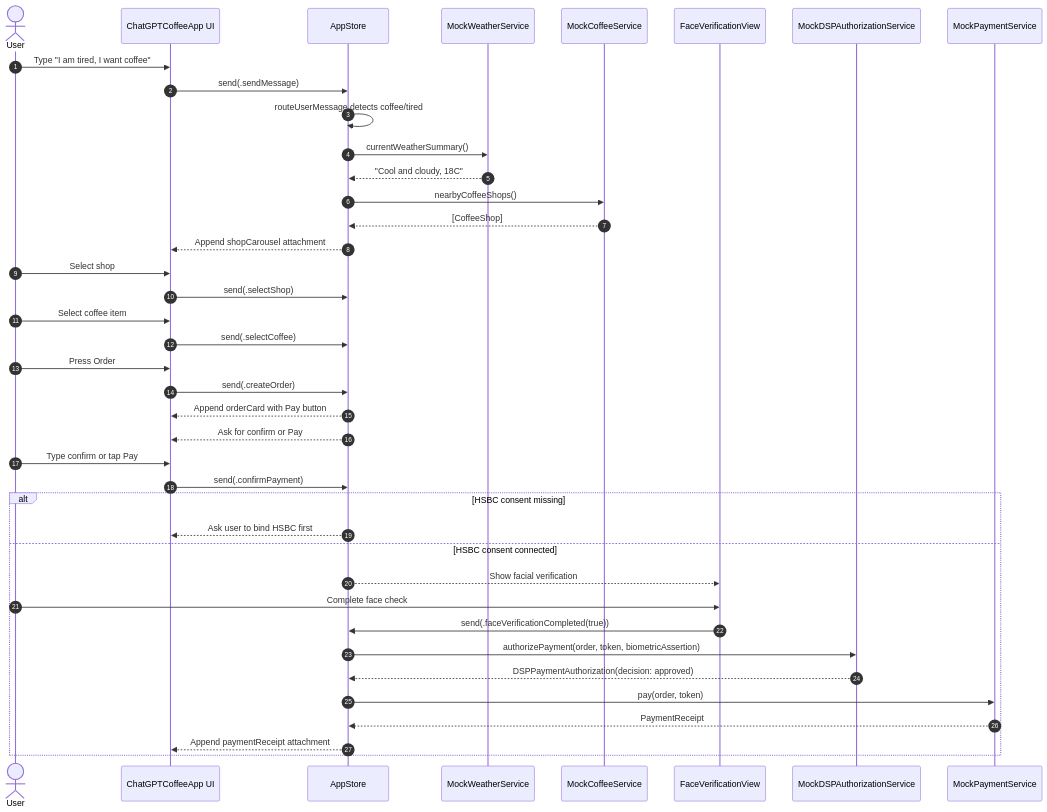
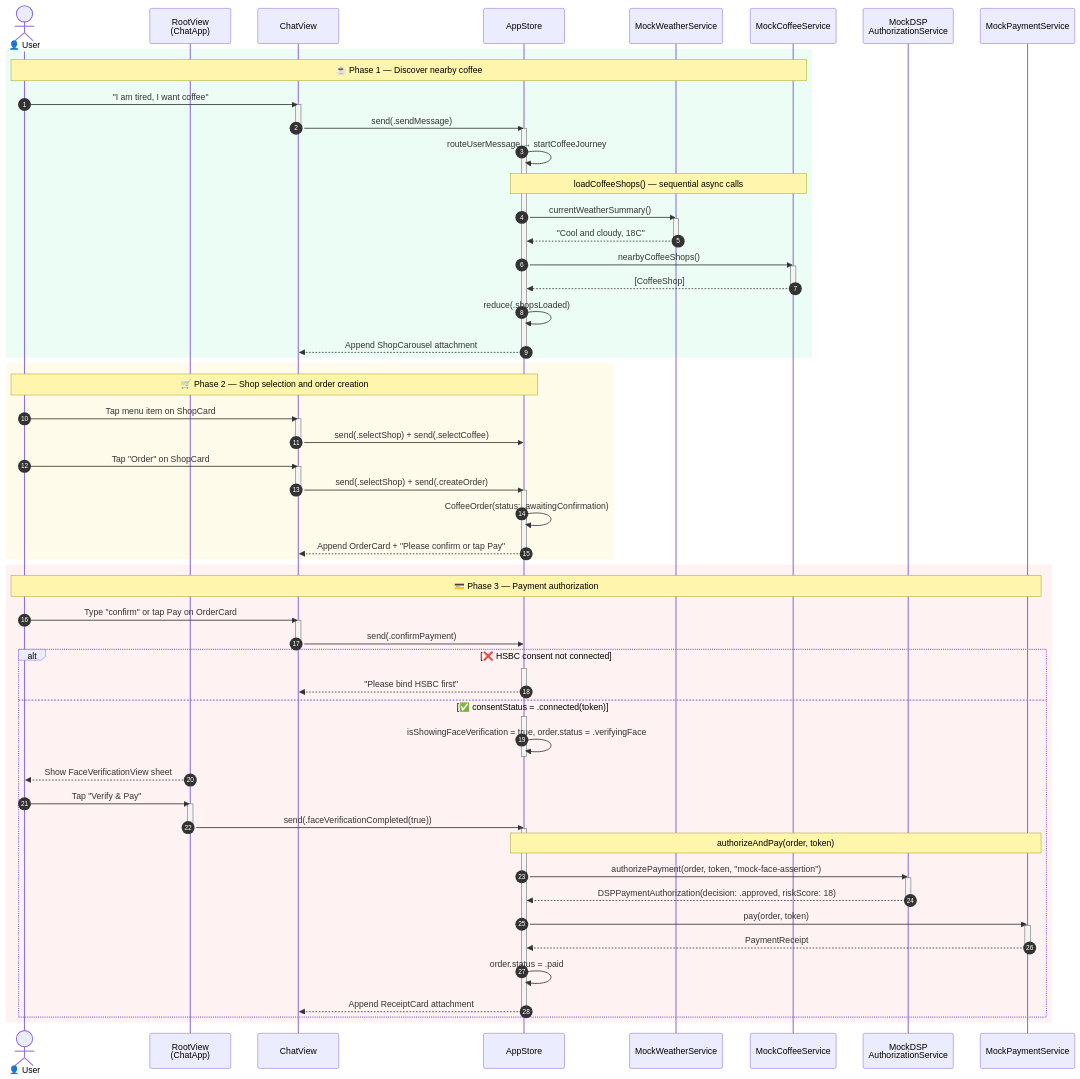
The fourth of 6 diagrams in DIAGRAMS.md (EdwardLMH/LLMChatIntegration), drawn with Mermaid before and after one commit. The commit also changed other lines of this file and 35 other files, not shown here.

````diff
--- a/DIAGRAMS.md
+++ b/DIAGRAMS.md
@@ -200,44 +283,86 @@
 ```mermaid
 sequenceDiagram
     autonumber
-    actor User
-    participant ChatUI as ChatGPTCoffeeApp UI
+    actor User as 👤 User
+    participant RootView as RootView<br/>(ChatApp)
+    participant ChatView as ChatView
     participant AppStore as AppStore
     participant WeatherSvc as MockWeatherService
     participant CoffeeSvc as MockCoffeeService
-    participant Face as FaceVerificationView
-    participant DSP as MockDSPAuthorizationService
+    participant DSP as MockDSP<br/>AuthorizationService
     participant PaymentSvc as MockPaymentService
 
-    User->>ChatUI: Type "I am tired, I want coffee"
-    ChatUI->>AppStore: send(.sendMessage)
-    AppStore->>AppStore: routeUserMessage detects coffee/tired
-    AppStore->>WeatherSvc: currentWeatherSummary()
-    WeatherSvc-->>AppStore: "Cool and cloudy, 18C"
-    AppStore->>CoffeeSvc: nearbyCoffeeShops()
-    CoffeeSvc-->>AppStore: [CoffeeShop]
-    AppStore-->>ChatUI: Append shopCarousel attachment
-    User->>ChatUI: Select shop
-    ChatUI->>AppStore: send(.selectShop)
-    User->>ChatUI: Select coffee item
-    ChatUI->>AppStore: send(.selectCoffee)
-    User->>ChatUI: Press Order
-    ChatUI->>AppStore: send(.createOrder)
-    AppStore-->>ChatUI: Append orderCard with Pay button
-    AppStore-->>ChatUI: Ask for confirm or Pay
-    User->>ChatUI: Type confirm or tap Pay
-    ChatUI->>AppStore: send(.confirmPayment)
+    rect rgb(236, 253, 245)
+        Note over User,CoffeeSvc: ☕ Phase 1 — Discover nearby coffee
+        User->>ChatView: "I am tired, I want coffee"
+        activate ChatView
+        ChatView->>AppStore: send(.sendMessage)
+        deactivate ChatView
+        activate AppStore
+        AppStore->>AppStore: routeUserMessage → startCoffeeJourney
+        Note over AppStore,CoffeeSvc: loadCoffeeShops() — sequential async calls
+        AppStore->>WeatherSvc: currentWeatherSummary()
+        activate WeatherSvc
+        WeatherSvc-->>AppStore: "Cool and cloudy, 18C"
+        deactivate WeatherSvc
+        AppStore->>CoffeeSvc: nearbyCoffeeShops()
+        activate CoffeeSvc
+        CoffeeSvc-->>AppStore: [CoffeeShop]
+        deactivate CoffeeSvc
+        AppStore->>AppStore: reduce(.shopsLoaded)
+        AppStore-->>ChatView: Append ShopCarousel attachment
+        deactivate AppStore
+    end
 
-    alt HSBC consent missing
-        AppStore-->>ChatUI: Ask user to bind HSBC first
-    else HSBC consent connected
-        AppStore-->>Face: Show facial verification
-        User->>Face: Complete face check
-        Face->>AppStore: send(.faceVerificationCompleted(true))
-        AppStore->>DSP: authorizePayment(order, token, biometricAssertion)
-        DSP-->>AppStore: DSPPaymentAuthorization(decision: approved)
-        AppStore->>PaymentSvc: pay(order, token)
-        PaymentSvc-->>AppStore: PaymentReceipt
-        AppStore-->>ChatUI: Append paymentReceipt attachment
+    rect rgb(255, 251, 235)
+        Note over User,AppStore: 🛒 Phase 2 — Shop selection and order creation
+        User->>ChatView: Tap menu item on ShopCard
+        activate ChatView
+        ChatView->>AppStore: send(.selectShop) + send(.selectCoffee)
+        deactivate ChatView
+        User->>ChatView: Tap "Order" on ShopCard
+        activate ChatView
+        ChatView->>AppStore: send(.selectShop) + send(.createOrder)
+        deactivate ChatView
+        activate AppStore
+        AppStore->>AppStore: CoffeeOrder(status: .awaitingConfirmation)
+        AppStore-->>ChatView: Append OrderCard + "Please confirm or tap Pay"
+        deactivate AppStore
+    end
+
+    rect rgb(254, 242, 242)
+        Note over User,PaymentSvc: 💳 Phase 3 — Payment authorization
+        User->>ChatView: Type "confirm" or tap Pay on OrderCard
+        activate ChatView
+        ChatView->>AppStore: send(.confirmPayment)
+        deactivate ChatView
+
+        alt ❌ HSBC consent not connected
+            activate AppStore
+            AppStore-->>ChatView: "Please bind HSBC first"
+            deactivate AppStore
+        else ✅ consentStatus = .connected(token)
+            activate AppStore
+            AppStore->>AppStore: isShowingFaceVerification = true, order.status = .verifyingFace
+            deactivate AppStore
+            RootView-->>User: Show FaceVerificationView sheet
+            User->>RootView: Tap "Verify & Pay"
+            activate RootView
+            RootView->>AppStore: send(.faceVerificationCompleted(true))
+            deactivate RootView
+            activate AppStore
+            Note over AppStore,PaymentSvc: authorizeAndPay(order, token)
+            AppStore->>DSP: authorizePayment(order, token, "mock-face-assertion")
+            activate DSP
+            DSP-->>AppStore: DSPPaymentAuthorization(decision: .approved, riskScore: 18)
+            deactivate DSP
+            AppStore->>PaymentSvc: pay(order, token)
+            activate PaymentSvc
+            PaymentSvc-->>AppStore: PaymentReceipt
+            deactivate PaymentSvc
+            AppStore->>AppStore: order.status = .paid
+            AppStore-->>ChatView: Append ReceiptCard attachment
+            deactivate AppStore
+        end
     end
 ```
````
